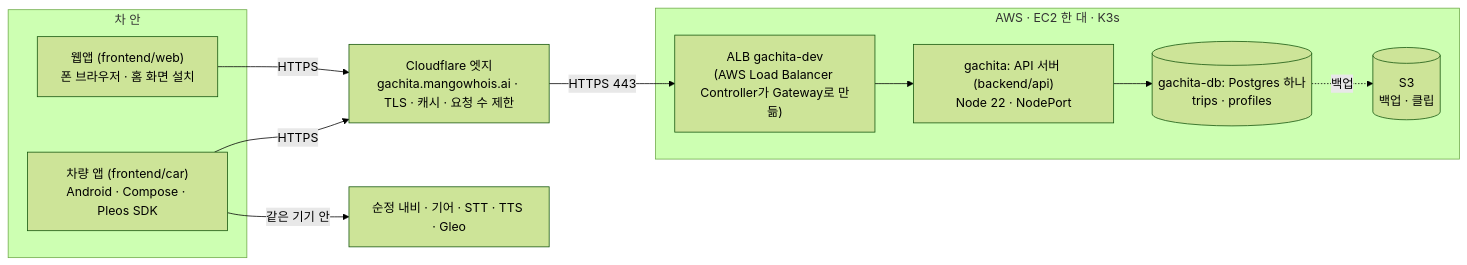
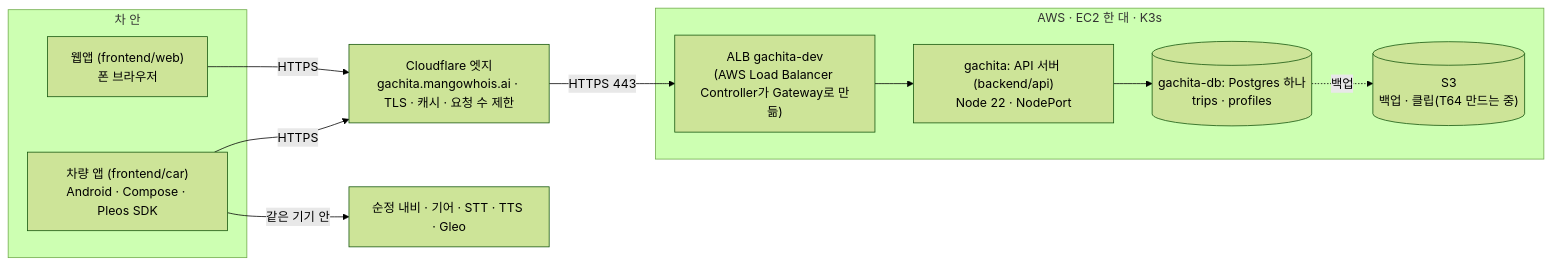
The diagram in docs/architecture.md (team-pitcrew/gachita), drawn with Mermaid (forest theme) before and after one commit. The commit also changed other lines of this file and 2 other files, not shown here.

````diff
--- a/docs/architecture.md
+++ b/docs/architecture.md
@@ -28,20 +28,20 @@
 ```mermaid
 flowchart LR
   subgraph 차 안
     Car["차량 앱 (frontend/car)\nAndroid · Compose · Pleos SDK"]
-    Phone["웹앱 (frontend/web)\n폰 브라우저 · 홈 화면 설치"]
+    Phone["웹앱 (frontend/web)\n폰 브라우저"]
   end
   CF["Cloudflare 엣지\ngachita.mangowhois.ai · TLS · 캐시 · 요청 수 제한"]
   subgraph AWS["AWS · EC2 한 대 · K3s"]
     ALB["ALB gachita-dev\n(AWS Load Balancer Controller가 Gateway로 만듦)"]
     API["gachita: API 서버 (backend/api)\nNode 22 · NodePort"]
     PG[("gachita-db: Postgres 하나\ntrips · profiles")]
-    S3[("S3\n백업 · 클립")]
+    S3[("S3\n백업 · 클립(T64 만드는 중)")]
   end
   Car -->|HTTPS| CF
   Phone -->|HTTPS| CF
   CF -->|HTTPS 443| ALB --> API
   API --> PG
   PG -.->|백업| S3
   Car -->|같은 기기 안| Pleos["순정 내비 · 기어 · STT · TTS · Gleo"]
 ```
````
